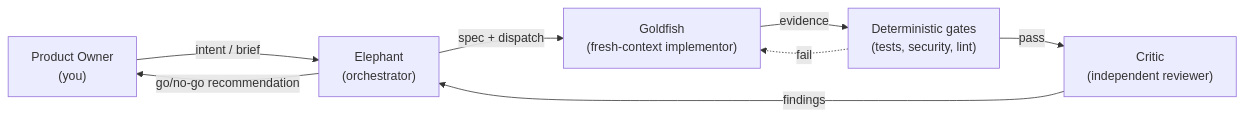
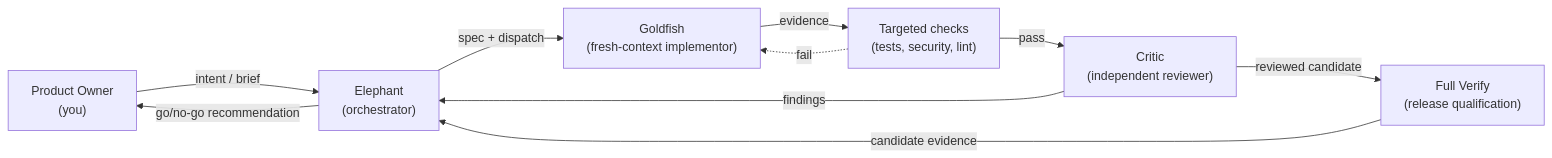
The first of 2 diagrams in README.md (agent-pipe-shared/agent-pipeline), drawn with Mermaid before and after one commit. The commit also changed other lines of this file and 175 other files, not shown here.

````diff
--- a/README.md
+++ b/README.md
@@ -122,10 +124,12 @@
 ```mermaid
 flowchart LR
     PO["Product Owner<br/>(you)"] -->|"intent / brief"| Elephant["Elephant<br/>(orchestrator)"]
     Elephant -->|"spec + dispatch"| Goldfish["Goldfish<br/>(fresh-context implementor)"]
-    Goldfish -->|"evidence"| Gates["Deterministic gates<br/>(tests, security, lint)"]
+    Goldfish -->|"evidence"| Gates["Targeted checks<br/>(tests, security, lint)"]
     Gates -.->|"fail"| Goldfish
     Gates -->|"pass"| Critic["Critic<br/>(independent reviewer)"]
     Critic -->|"findings"| Elephant
+    Critic -->|"reviewed candidate"| FullVerify["Full Verify<br/>(release qualification)"]
+    FullVerify -->|"candidate evidence"| Elephant
     Elephant -->|"go/no-go recommendation"| PO
 ```
````
